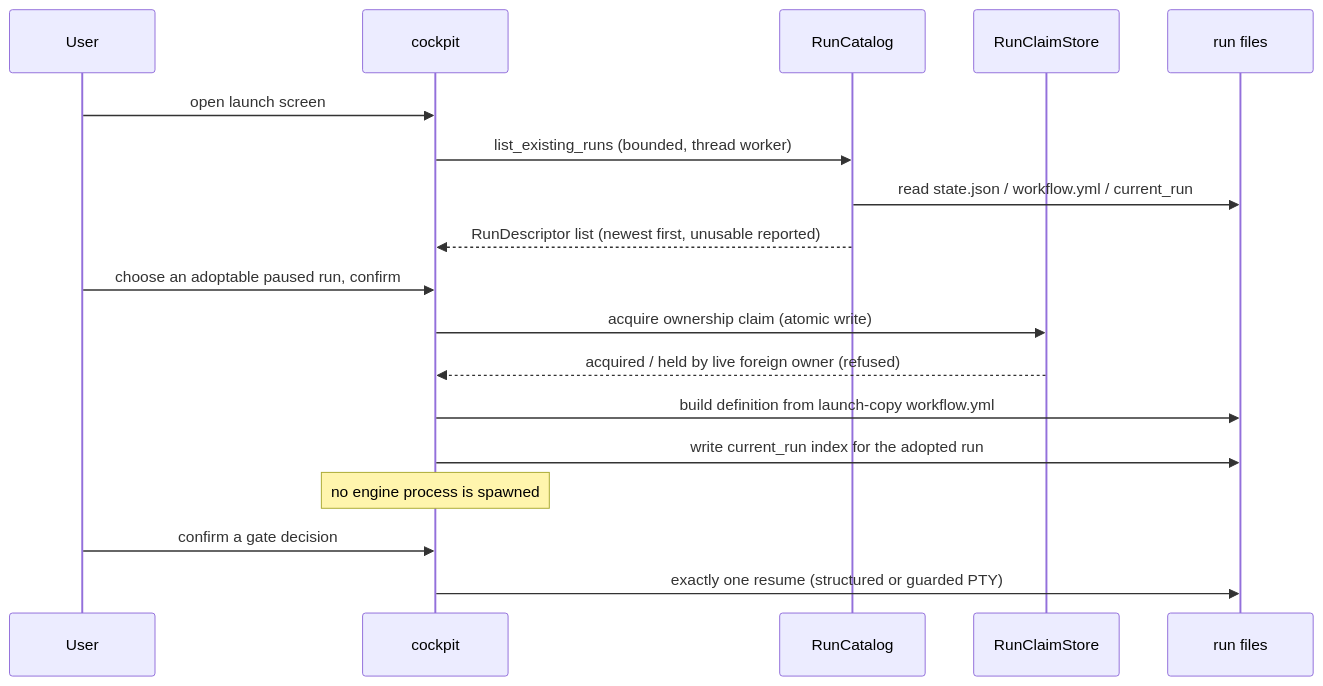
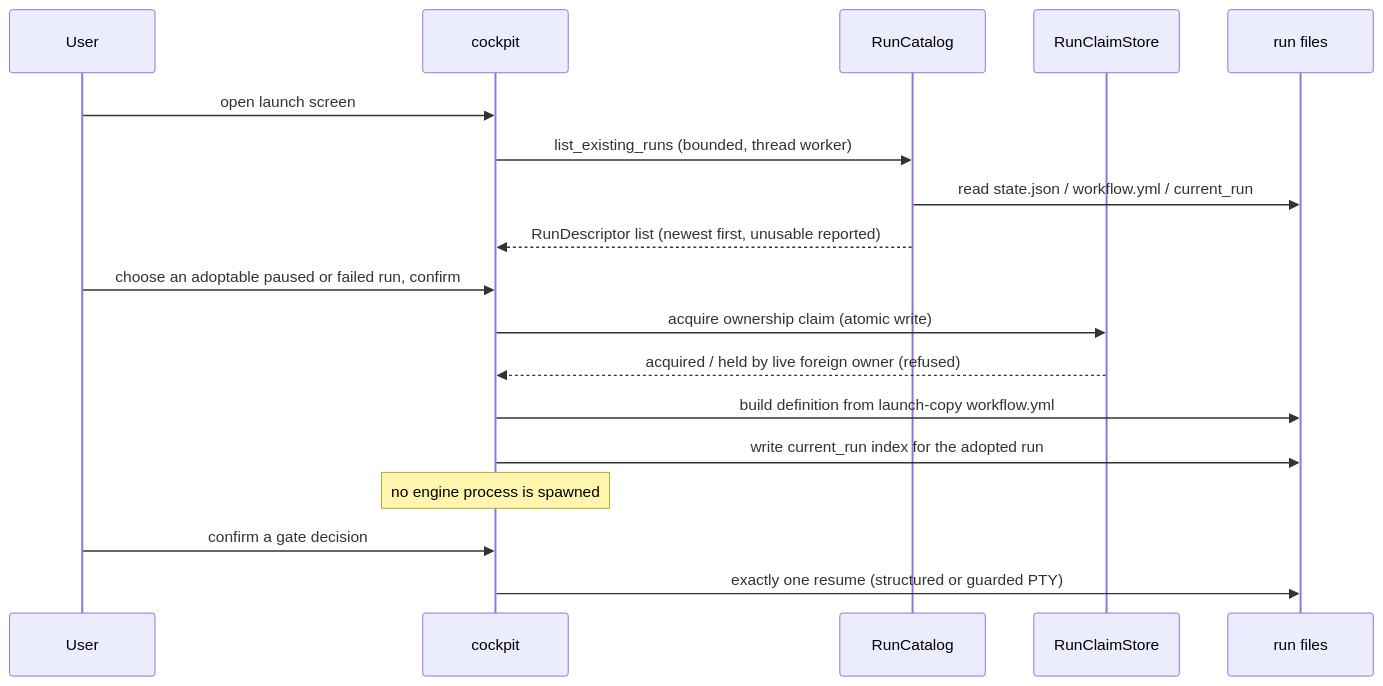
One commit to markuswondrak/spec-kit-workflow-cockpit changed the second of 6 diagrams in docs/architecture/06-runtime-view.md. Above: the diagram before and after it, drawn with Mermaid. The commit also changed other lines of this file and 32 other files, not shown here.

Commit message:
feat: Feature: Resume a failed run (adopt and resume from the failing step) (#19)

````diff
--- a/docs/architecture/06-runtime-view.md
+++ b/docs/architecture/06-runtime-view.md
@@ -37,20 +37,20 @@
 ```mermaid
 sequenceDiagram
     participant U as User
     participant C as cockpit
     participant K as RunCatalog
     participant J as RunClaimStore
     participant R as run files
     U->>C: open launch screen
     C->>K: list_existing_runs (bounded, thread worker)
     K->>R: read state.json / workflow.yml / current_run
     K-->>C: RunDescriptor list (newest first, unusable reported)
-    U->>C: choose an adoptable paused run, confirm
+    U->>C: choose an adoptable paused or failed run, confirm
     C->>J: acquire ownership claim (atomic write)
     J-->>C: acquired / held by live foreign owner (refused)
     C->>R: build definition from launch-copy workflow.yml
     C->>R: write current_run index for the adopted run
     Note over C: no engine process is spawned
     U->>C: confirm a gate decision
     C->>R: exactly one resume (structured or guarded PTY)
 ```
````
